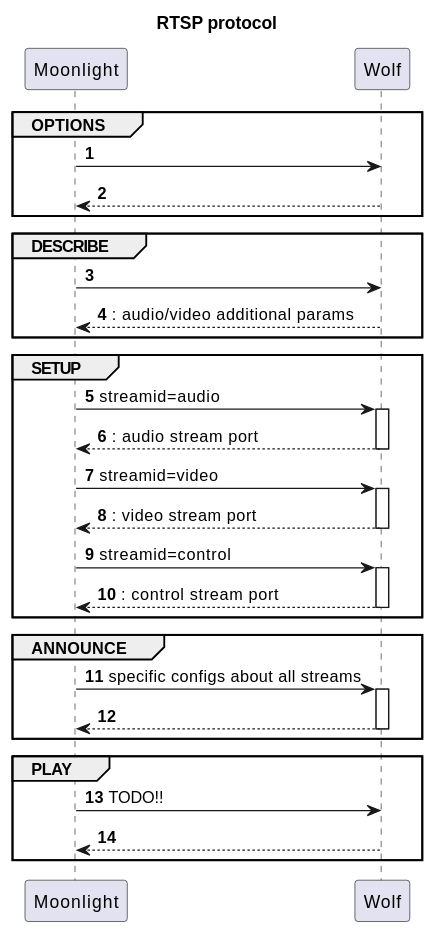
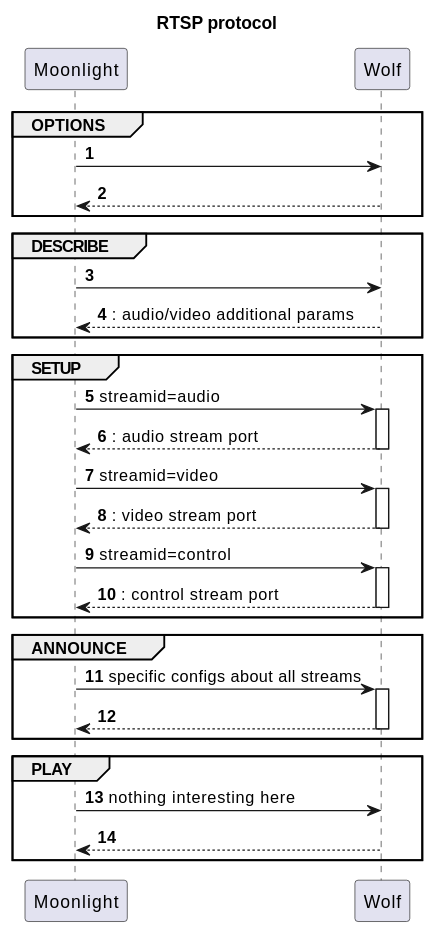
Before and after one commit to games-on-whales/wolf: the diagram in docs/modules/protocols/pages/rtsp.adoc, drawn with PlantUML. The commit also changed 14 other files, not shown here.

```diff
--- a/docs/modules/protocols/pages/rtsp.adoc
+++ b/docs/modules/protocols/pages/rtsp.adoc
@@ -9,38 +9,38 @@
 [plantuml,format=svg]
 ....
 title: RTSP protocol
 autonumber
 
 participant Moonlight as M
 participant Wolf as W
 
 
 group OPTIONS
     M->W
     return
 end
 
 group DESCRIBE
     M->W
     return: audio/video additional params
 end
 
 group SETUP
     M->W++: streamid=audio
     return: audio stream port
     M->W++: streamid=video
     return: video stream port
     M->W++: streamid=control
     return: control stream port
 end
 
 group ANNOUNCE
     M->W++: specific configs about all streams
     return
 end
 
 group PLAY
-    M->W: TODO!!
+    M->W: nothing interesting here
     return
 end
 ....
```
